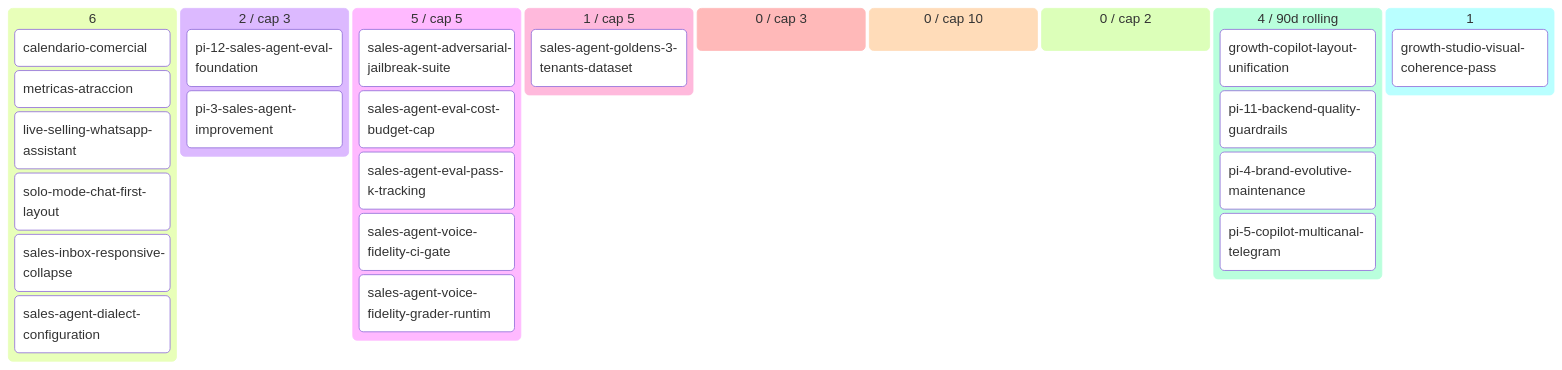
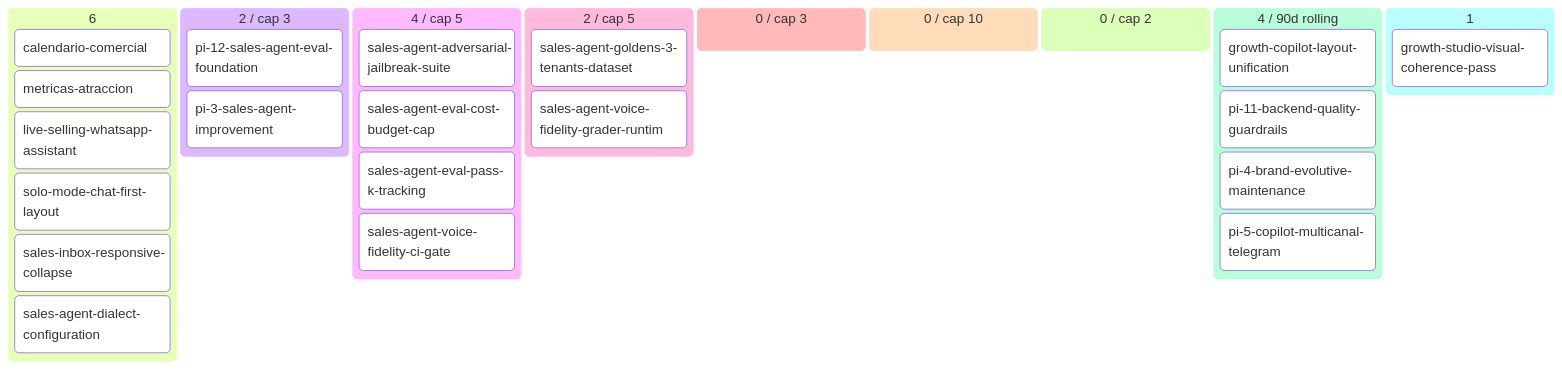
Before and after one commit to alpacapurpura/ap_sales_agent: the diagram in docs/product/BACKLOG.md, drawn with Mermaid. The commit also changed other lines of this file and 6 other files, not shown here.

First line of the commit message:
feat(eval-grader): /architect ready package Story E (sales-agent-voice-fidelity-grader-runtime)

````diff
--- a/docs/product/BACKLOG.md
+++ b/docs/product/BACKLOG.md
@@ -55,31 +55,31 @@
 ```mermaid
 kanban
   💡 Ideas (6)
     calendario-comercial[calendario-comercial]
     metricas-atraccion[metricas-atraccion]
     live-selling-whatsapp-assistan[live-selling-whatsapp-assistant]
     solo-mode-chat-first-layout[solo-mode-chat-first-layout]
     sales-inbox-responsive-collaps[sales-inbox-responsive-collapse]
     sales-agent-dialect-configurat[sales-agent-dialect-configuration]
   🔬 Refining (2 / cap 3)
     pi-12-sales-agent-eval-foundat[pi-12-sales-agent-eval-foundation]
     pi-3-sales-agent-improvement[pi-3-sales-agent-improvement]
-  ✅ Refined (5 / cap 5)
+  ✅ Refined (4 / cap 5)
     sales-agent-adversarial-jailbr[sales-agent-adversarial-jailbreak-suite]
     sales-agent-eval-cost-budget-c[sales-agent-eval-cost-budget-cap]
     sales-agent-eval-pass-k-tracki[sales-agent-eval-pass-k-tracking]
     sales-agent-voice-fidelity-ci-[sales-agent-voice-fidelity-ci-gate]
+  📦 Ready (2 / cap 5)
+    sales-agent-goldens-3-tenants-[sales-agent-goldens-3-tenants-dataset]
     sales-agent-voice-fidelity-gra[sales-agent-voice-fidelity-grader-runtim]
-  📦 Ready (1 / cap 5)
-    sales-agent-goldens-3-tenants-[sales-agent-goldens-3-tenants-dataset]
   🔨 Developing (0 / cap 3)
   🧪 Developed (0 / cap 10)
   🔍 Reviewing (0 / cap 2)
   ✅ Done (4 / 90d rolling)
     growth-copilot-layout-unificat[growth-copilot-layout-unification]
     pi-11-backend-quality-guardrai[pi-11-backend-quality-guardrails]
     pi-4-brand-evolutive-maintenan[pi-4-brand-evolutive-maintenance]
     pi-5-copilot-multicanal-telegr[pi-5-copilot-multicanal-telegram]
   🅿 Parked (1)
     growth-studio-visual-coherence[growth-studio-visual-coherence-pass]
 ```
````
